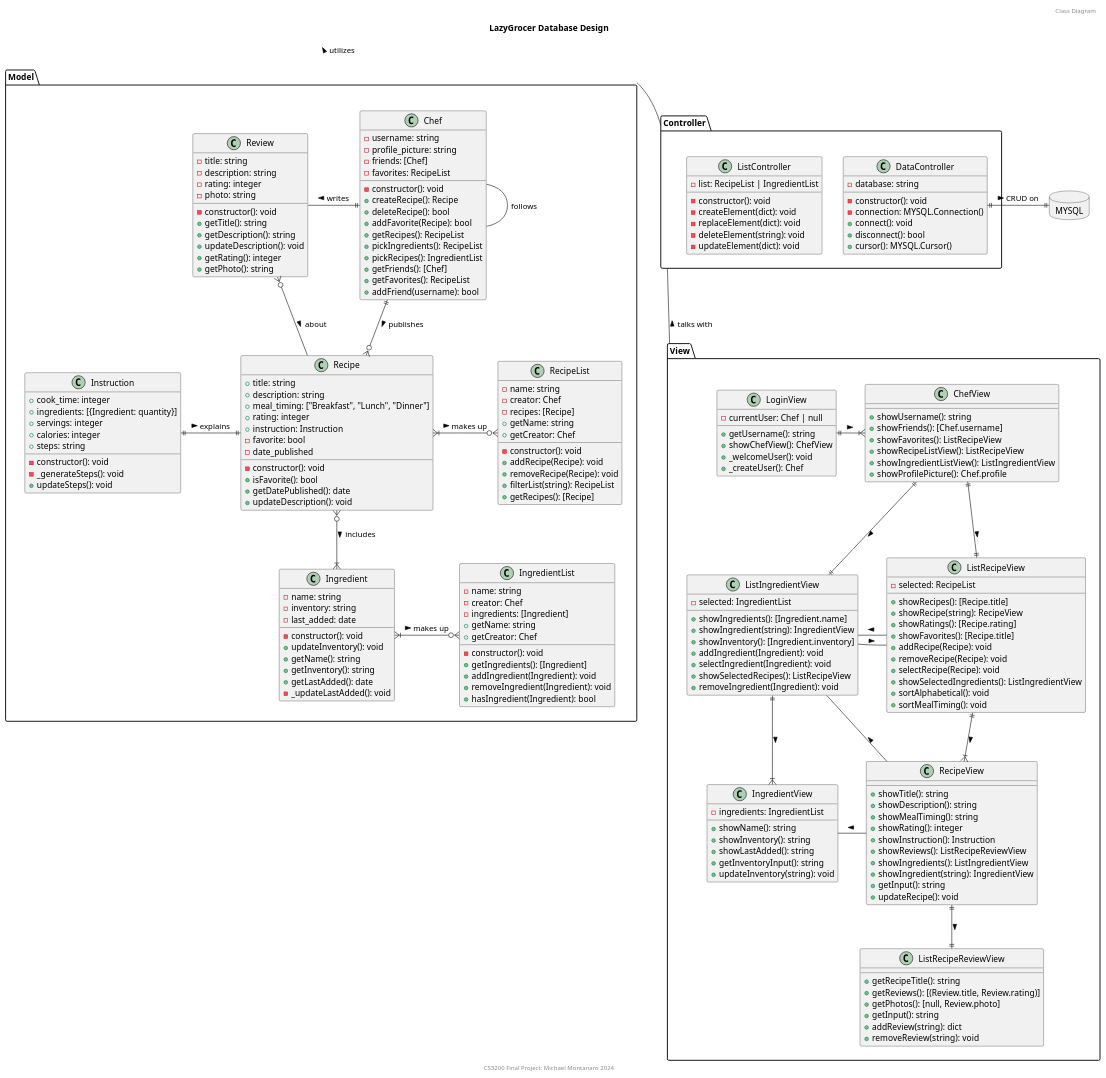
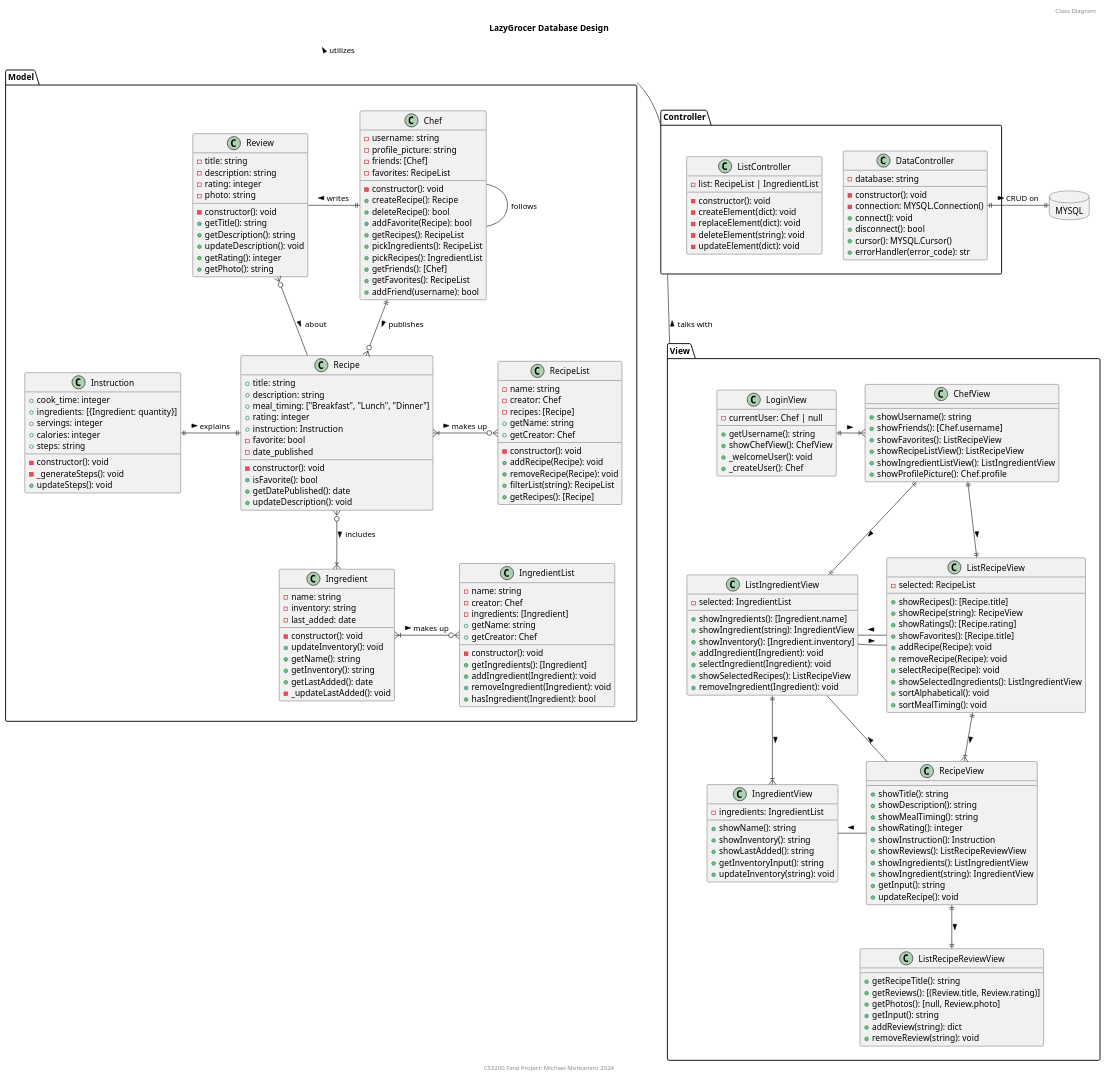
One commit to montymi/LazyGrocer changed the diagram in docs/plantuml/class.wsd. Above: the diagram before and after it, drawn with PlantUML. The commit also changed 3 other files, not shown here.

```diff
--- a/docs/plantuml/class.wsd
+++ b/docs/plantuml/class.wsd
@@ -177,6 +177,7 @@
         +connect(): void
         +disconnect(): bool
         +cursor(): MYSQL.Cursor()
+        +errorHandler(error_code): str
     }
 
     class ListController {
```
